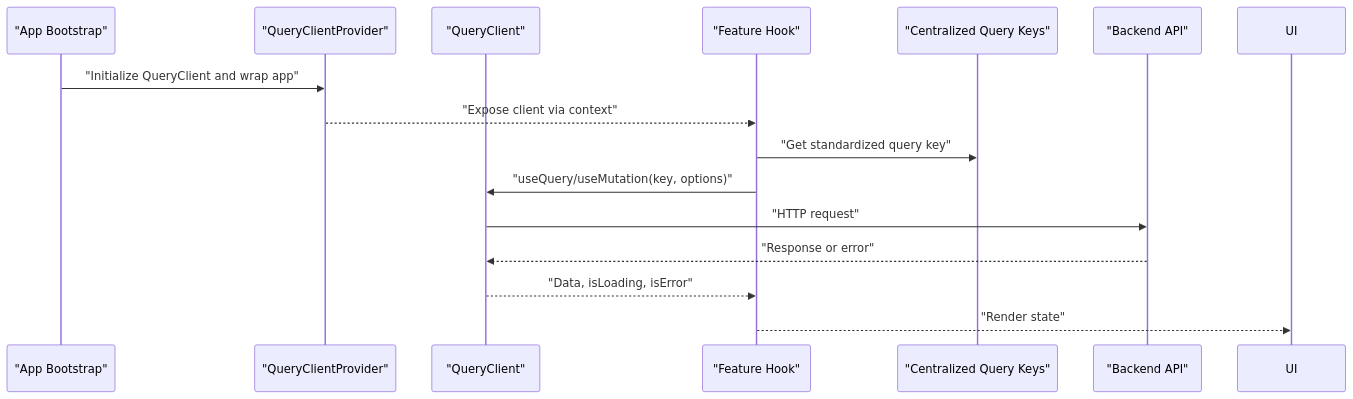
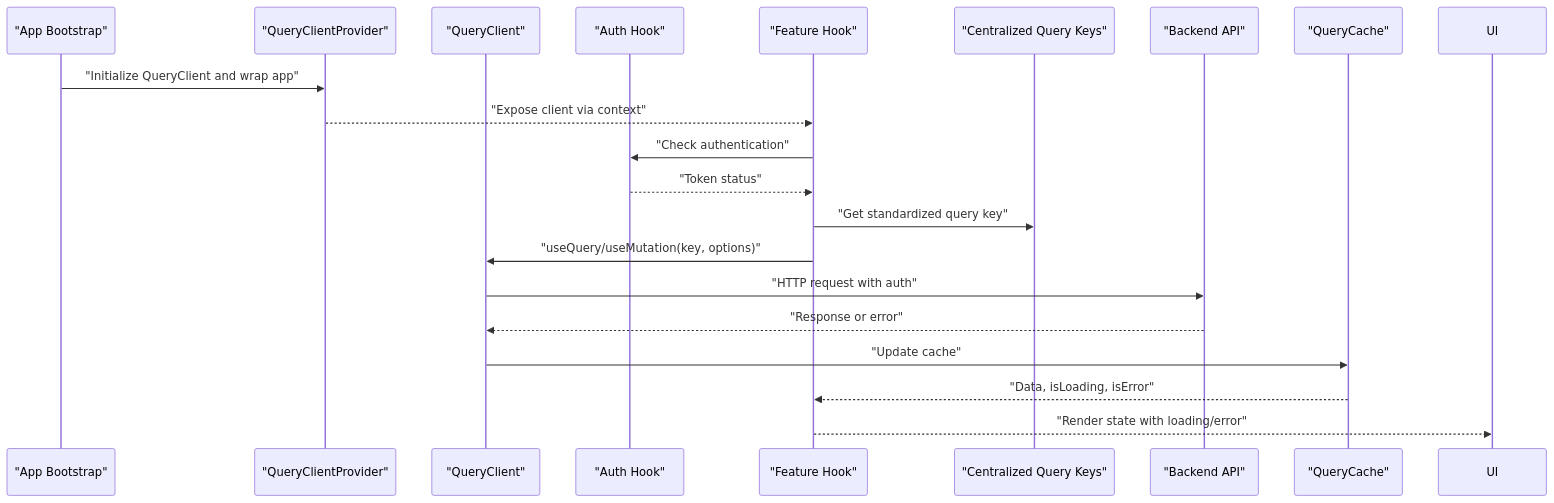
The second of 5 diagrams in .qoder/repowiki/en/content/System Architecture/Frontend Architecture/State Management/React Query Integration.md (franckylab/eLISAschool), drawn with Mermaid before and after one commit. The commit also changed other lines of this file and 19 other files, not shown here.

````diff
--- a/.qoder/repowiki/en/content/System Architecture/Frontend Architecture/State Management/React Query Integration.md
+++ b/.qoder/repowiki/en/content/System Architecture/Frontend Architecture/State Management/React Query Integration.md
@@ -102,17 +114,22 @@
 ```mermaid
 sequenceDiagram
 participant App as "App Bootstrap"
 participant Provider as "QueryClientProvider"
 participant Client as "QueryClient"
+participant Auth as "Auth Hook"
 participant Hook as "Feature Hook"
 participant Keys as "Centralized Query Keys"
 participant API as "Backend API"
+participant Cache as "QueryCache"
 App->>Provider : "Initialize QueryClient and wrap app"
 Provider-->>Hook : "Expose client via context"
+Hook->>Auth : "Check authentication"
+Auth-->>Hook : "Token status"
 Hook->>Keys : "Get standardized query key"
 Hook->>Client : "useQuery/useMutation(key, options)"
-Client->>API : "HTTP request"
+Client->>API : "HTTP request with auth"
 API-->>Client : "Response or error"
-Client-->>Hook : "Data, isLoading, isError"
-Hook-->>UI : "Render state"
+Client->>Cache : "Update cache"
+Cache-->>Hook : "Data, isLoading, isError"
+Hook-->>UI : "Render state with loading/error"
 ```
````
